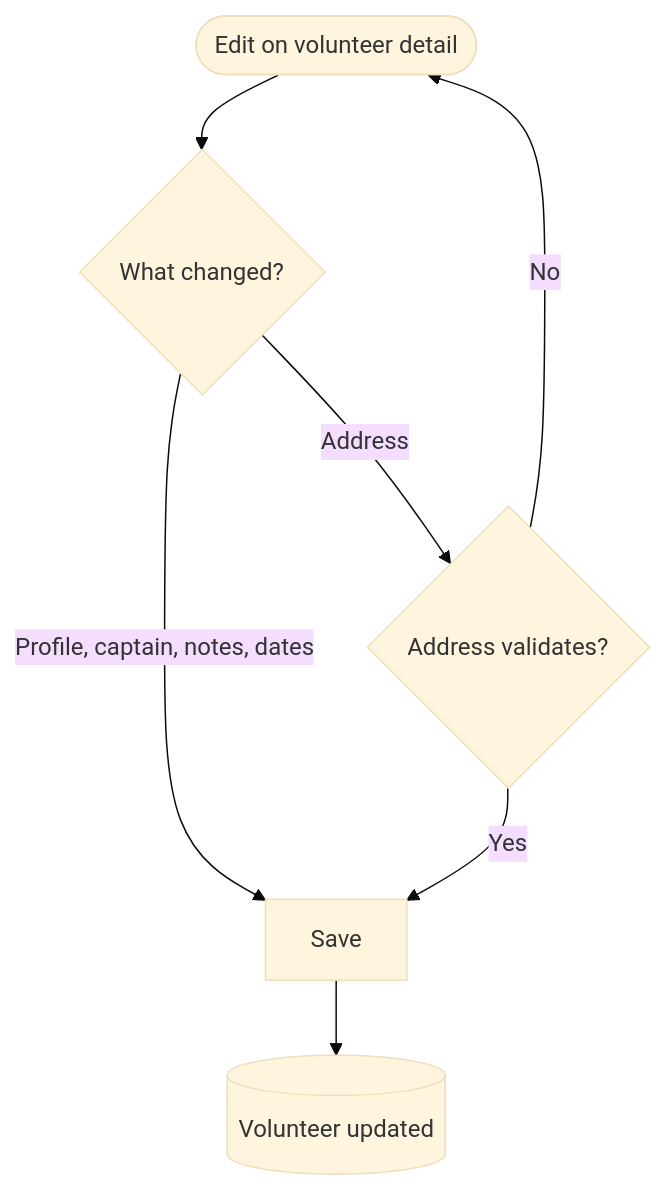
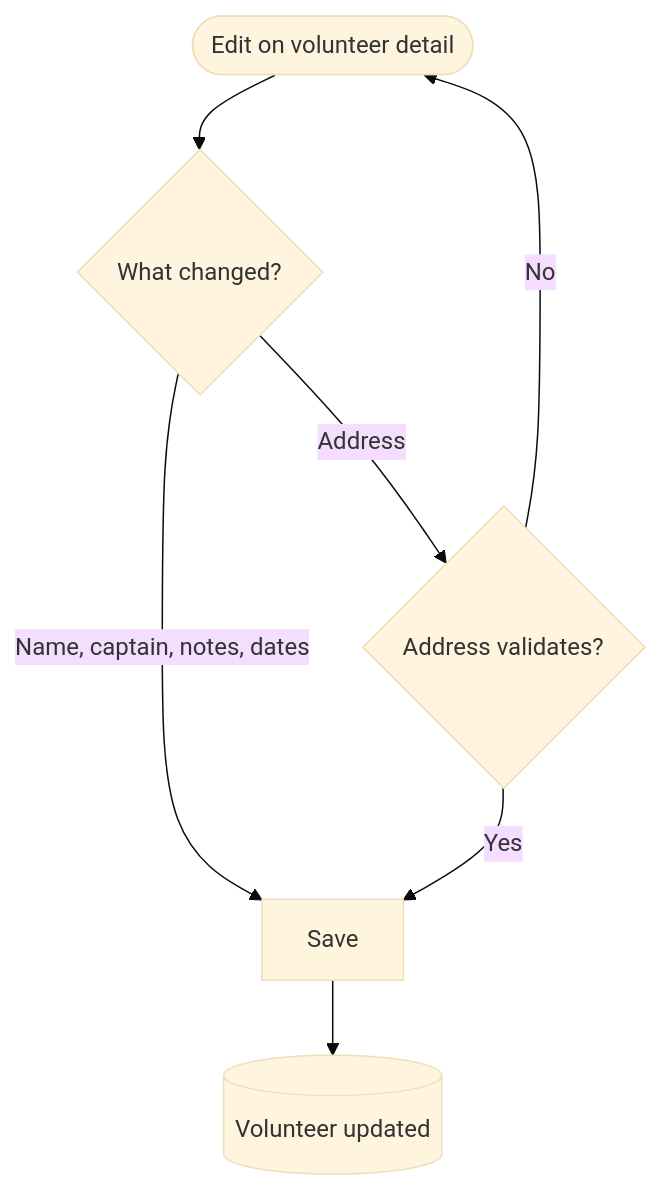
The fourth of 11 diagrams in docs/people_management_flow_v1.md (uwblueprint/beach-metro), drawn with Mermaid (base theme) before and after one commit. The commit also changed other lines of this file, not shown here.

First line of the commit message:
Auto-vacate routes on volunteer retirement, split name fields, and simplify the captain flow (BM-24)

````diff
--- a/docs/people_management_flow_v1.md
+++ b/docs/people_management_flow_v1.md
@@ -114,9 +116,9 @@
 ```mermaid
 flowchart TD
     Start([Edit on volunteer detail]) --> Field{What changed?}
-    Field -->|Profile, captain, notes, dates| Save[Save]
+    Field -->|Name, captain, notes, dates| Save[Save]
     Field -->|Address| Revalidate{Address validates?}
     Revalidate -->|No| Start
     Revalidate -->|Yes| Save
     Save --> Done[(Volunteer updated)]
 ```
````
